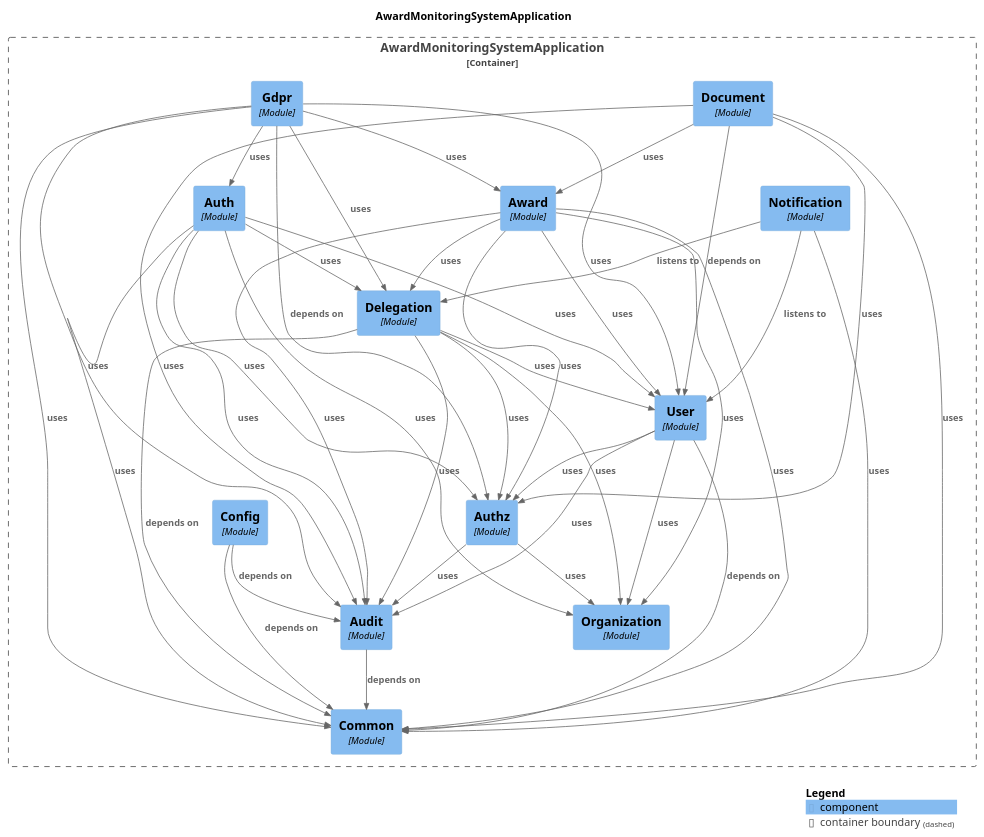
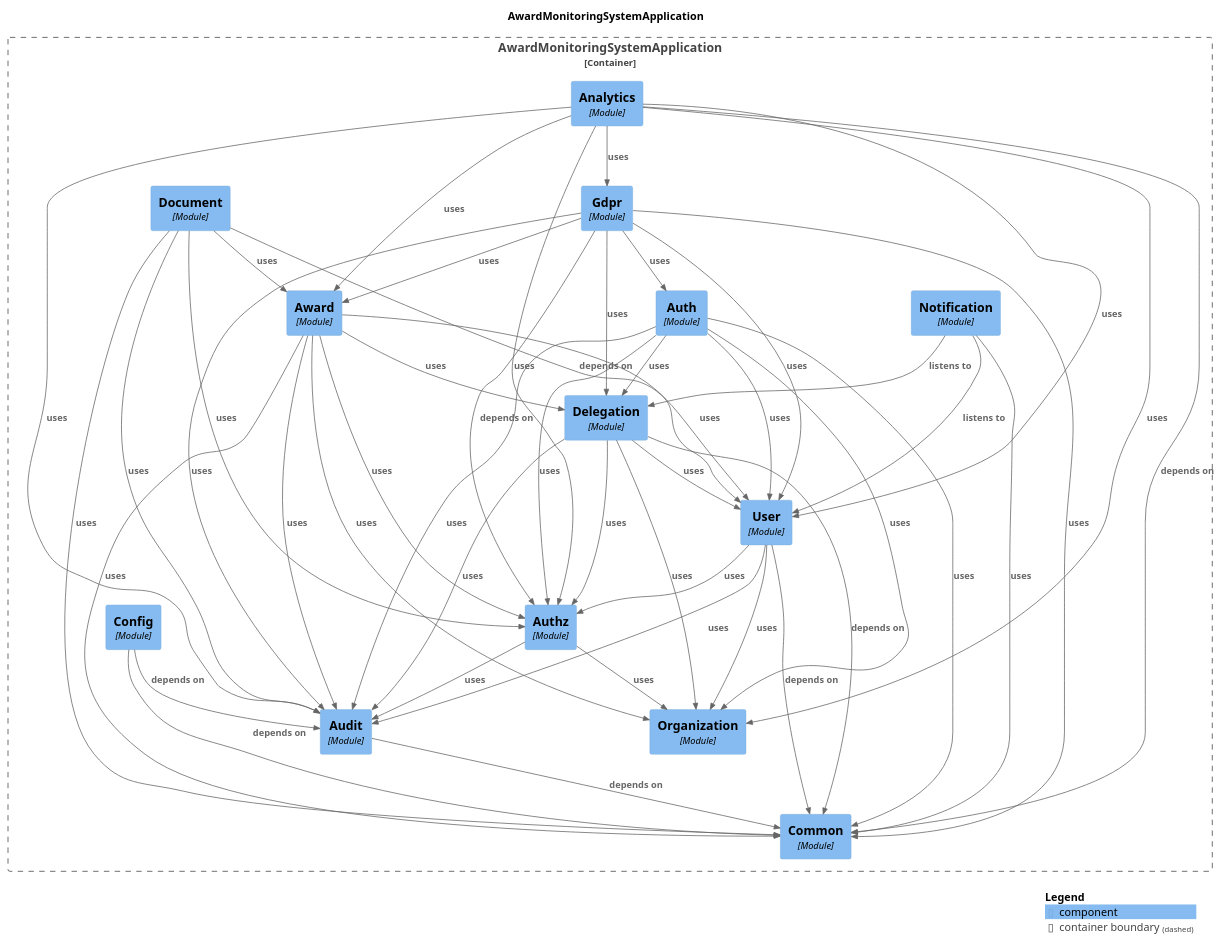
The diagram in docs/architecture/diagrams/modules/components.puml (StKostyk/award-monitoring-system), drawn with PlantUML before and after one commit. The commit also changed 7 other files, not shown here.

```diff
--- a/docs/architecture/diagrams/modules/components.puml
+++ b/docs/architecture/diagrams/modules/components.puml
@@ -1,69 +1,77 @@
 @startuml
 set separator none
 title AwardMonitoringSystemApplication
 
 top to bottom direction
 
 !include <C4/C4>
 !include <C4/C4_Context>
 !include <C4/C4_Component>
 
 Container_Boundary("AwardMonitoringSystemApplication.AwardMonitoringSystemApplication_boundary", "AwardMonitoringSystemApplication", $tags="") {
   Component(AwardMonitoringSystemApplication.AwardMonitoringSystemApplication.Delegation, "Delegation", $techn="Module", $descr="", $tags="", $link="")
+  Component(AwardMonitoringSystemApplication.AwardMonitoringSystemApplication.Analytics, "Analytics", $techn="Module", $descr="", $tags="", $link="")
   Component(AwardMonitoringSystemApplication.AwardMonitoringSystemApplication.Auth, "Auth", $techn="Module", $descr="", $tags="", $link="")
   Component(AwardMonitoringSystemApplication.AwardMonitoringSystemApplication.Award, "Award", $techn="Module", $descr="", $tags="", $link="")
   Component(AwardMonitoringSystemApplication.AwardMonitoringSystemApplication.Notification, "Notification", $techn="Module", $descr="", $tags="", $link="")
   Component(AwardMonitoringSystemApplication.AwardMonitoringSystemApplication.Document, "Document", $techn="Module", $descr="", $tags="", $link="")
   Component(AwardMonitoringSystemApplication.AwardMonitoringSystemApplication.Gdpr, "Gdpr", $techn="Module", $descr="", $tags="", $link="")
   Component(AwardMonitoringSystemApplication.AwardMonitoringSystemApplication.Common, "Common", $techn="Module", $descr="", $tags="", $link="")
   Component(AwardMonitoringSystemApplication.AwardMonitoringSystemApplication.Organization, "Organization", $techn="Module", $descr="", $tags="", $link="")
   Component(AwardMonitoringSystemApplication.AwardMonitoringSystemApplication.Audit, "Audit", $techn="Module", $descr="", $tags="", $link="")
   Component(AwardMonitoringSystemApplication.AwardMonitoringSystemApplication.Authz, "Authz", $techn="Module", $descr="", $tags="", $link="")
   Component(AwardMonitoringSystemApplication.AwardMonitoringSystemApplication.Config, "Config", $techn="Module", $descr="", $tags="", $link="")
   Component(AwardMonitoringSystemApplication.AwardMonitoringSystemApplication.User, "User", $techn="Module", $descr="", $tags="", $link="")
 }
 
 Rel(AwardMonitoringSystemApplication.AwardMonitoringSystemApplication.User, AwardMonitoringSystemApplication.AwardMonitoringSystemApplication.Common, "depends on", $techn="", $tags="", $link="")
 Rel(AwardMonitoringSystemApplication.AwardMonitoringSystemApplication.User, AwardMonitoringSystemApplication.AwardMonitoringSystemApplication.Organization, "uses", $techn="", $tags="", $link="")
 Rel(AwardMonitoringSystemApplication.AwardMonitoringSystemApplication.User, AwardMonitoringSystemApplication.AwardMonitoringSystemApplication.Authz, "uses", $techn="", $tags="", $link="")
 Rel(AwardMonitoringSystemApplication.AwardMonitoringSystemApplication.User, AwardMonitoringSystemApplication.AwardMonitoringSystemApplication.Audit, "uses", $techn="", $tags="", $link="")
 Rel(AwardMonitoringSystemApplication.AwardMonitoringSystemApplication.Config, AwardMonitoringSystemApplication.AwardMonitoringSystemApplication.Common, "depends on", $techn="", $tags="", $link="")
 Rel(AwardMonitoringSystemApplication.AwardMonitoringSystemApplication.Config, AwardMonitoringSystemApplication.AwardMonitoringSystemApplication.Audit, "depends on", $techn="", $tags="", $link="")
 Rel(AwardMonitoringSystemApplication.AwardMonitoringSystemApplication.Delegation, AwardMonitoringSystemApplication.AwardMonitoringSystemApplication.Common, "depends on", $techn="", $tags="", $link="")
 Rel(AwardMonitoringSystemApplication.AwardMonitoringSystemApplication.Delegation, AwardMonitoringSystemApplication.AwardMonitoringSystemApplication.Audit, "uses", $techn="", $tags="", $link="")
 Rel(AwardMonitoringSystemApplication.AwardMonitoringSystemApplication.Delegation, AwardMonitoringSystemApplication.AwardMonitoringSystemApplication.User, "uses", $techn="", $tags="", $link="")
 Rel(AwardMonitoringSystemApplication.AwardMonitoringSystemApplication.Delegation, AwardMonitoringSystemApplication.AwardMonitoringSystemApplication.Organization, "uses", $techn="", $tags="", $link="")
 Rel(AwardMonitoringSystemApplication.AwardMonitoringSystemApplication.Delegation, AwardMonitoringSystemApplication.AwardMonitoringSystemApplication.Authz, "uses", $techn="", $tags="", $link="")
+Rel(AwardMonitoringSystemApplication.AwardMonitoringSystemApplication.Analytics, AwardMonitoringSystemApplication.AwardMonitoringSystemApplication.Common, "depends on", $techn="", $tags="", $link="")
+Rel(AwardMonitoringSystemApplication.AwardMonitoringSystemApplication.Analytics, AwardMonitoringSystemApplication.AwardMonitoringSystemApplication.Award, "uses", $techn="", $tags="", $link="")
+Rel(AwardMonitoringSystemApplication.AwardMonitoringSystemApplication.Analytics, AwardMonitoringSystemApplication.AwardMonitoringSystemApplication.Organization, "uses", $techn="", $tags="", $link="")
+Rel(AwardMonitoringSystemApplication.AwardMonitoringSystemApplication.Analytics, AwardMonitoringSystemApplication.AwardMonitoringSystemApplication.User, "uses", $techn="", $tags="", $link="")
+Rel(AwardMonitoringSystemApplication.AwardMonitoringSystemApplication.Analytics, AwardMonitoringSystemApplication.AwardMonitoringSystemApplication.Gdpr, "uses", $techn="", $tags="", $link="")
+Rel(AwardMonitoringSystemApplication.AwardMonitoringSystemApplication.Analytics, AwardMonitoringSystemApplication.AwardMonitoringSystemApplication.Authz, "uses", $techn="", $tags="", $link="")
+Rel(AwardMonitoringSystemApplication.AwardMonitoringSystemApplication.Analytics, AwardMonitoringSystemApplication.AwardMonitoringSystemApplication.Audit, "uses", $techn="", $tags="", $link="")
 Rel(AwardMonitoringSystemApplication.AwardMonitoringSystemApplication.Gdpr, AwardMonitoringSystemApplication.AwardMonitoringSystemApplication.Authz, "depends on", $techn="", $tags="", $link="")
 Rel(AwardMonitoringSystemApplication.AwardMonitoringSystemApplication.Gdpr, AwardMonitoringSystemApplication.AwardMonitoringSystemApplication.User, "uses", $techn="", $tags="", $link="")
 Rel(AwardMonitoringSystemApplication.AwardMonitoringSystemApplication.Gdpr, AwardMonitoringSystemApplication.AwardMonitoringSystemApplication.Common, "uses", $techn="", $tags="", $link="")
 Rel(AwardMonitoringSystemApplication.AwardMonitoringSystemApplication.Gdpr, AwardMonitoringSystemApplication.AwardMonitoringSystemApplication.Audit, "uses", $techn="", $tags="", $link="")
 Rel(AwardMonitoringSystemApplication.AwardMonitoringSystemApplication.Gdpr, AwardMonitoringSystemApplication.AwardMonitoringSystemApplication.Auth, "uses", $techn="", $tags="", $link="")
 Rel(AwardMonitoringSystemApplication.AwardMonitoringSystemApplication.Gdpr, AwardMonitoringSystemApplication.AwardMonitoringSystemApplication.Delegation, "uses", $techn="", $tags="", $link="")
 Rel(AwardMonitoringSystemApplication.AwardMonitoringSystemApplication.Gdpr, AwardMonitoringSystemApplication.AwardMonitoringSystemApplication.Award, "uses", $techn="", $tags="", $link="")
 Rel(AwardMonitoringSystemApplication.AwardMonitoringSystemApplication.Authz, AwardMonitoringSystemApplication.AwardMonitoringSystemApplication.Audit, "uses", $techn="", $tags="", $link="")
 Rel(AwardMonitoringSystemApplication.AwardMonitoringSystemApplication.Authz, AwardMonitoringSystemApplication.AwardMonitoringSystemApplication.Organization, "uses", $techn="", $tags="", $link="")
 Rel(AwardMonitoringSystemApplication.AwardMonitoringSystemApplication.Auth, AwardMonitoringSystemApplication.AwardMonitoringSystemApplication.User, "uses", $techn="", $tags="", $link="")
 Rel(AwardMonitoringSystemApplication.AwardMonitoringSystemApplication.Auth, AwardMonitoringSystemApplication.AwardMonitoringSystemApplication.Audit, "uses", $techn="", $tags="", $link="")
 Rel(AwardMonitoringSystemApplication.AwardMonitoringSystemApplication.Auth, AwardMonitoringSystemApplication.AwardMonitoringSystemApplication.Delegation, "uses", $techn="", $tags="", $link="")
 Rel(AwardMonitoringSystemApplication.AwardMonitoringSystemApplication.Auth, AwardMonitoringSystemApplication.AwardMonitoringSystemApplication.Authz, "uses", $techn="", $tags="", $link="")
 Rel(AwardMonitoringSystemApplication.AwardMonitoringSystemApplication.Auth, AwardMonitoringSystemApplication.AwardMonitoringSystemApplication.Common, "uses", $techn="", $tags="", $link="")
 Rel(AwardMonitoringSystemApplication.AwardMonitoringSystemApplication.Auth, AwardMonitoringSystemApplication.AwardMonitoringSystemApplication.Organization, "uses", $techn="", $tags="", $link="")
 Rel(AwardMonitoringSystemApplication.AwardMonitoringSystemApplication.Notification, AwardMonitoringSystemApplication.AwardMonitoringSystemApplication.User, "listens to", $techn="", $tags="", $link="")
 Rel(AwardMonitoringSystemApplication.AwardMonitoringSystemApplication.Notification, AwardMonitoringSystemApplication.AwardMonitoringSystemApplication.Delegation, "listens to", $techn="", $tags="", $link="")
 Rel(AwardMonitoringSystemApplication.AwardMonitoringSystemApplication.Notification, AwardMonitoringSystemApplication.AwardMonitoringSystemApplication.Common, "uses", $techn="", $tags="", $link="")
 Rel(AwardMonitoringSystemApplication.AwardMonitoringSystemApplication.Audit, AwardMonitoringSystemApplication.AwardMonitoringSystemApplication.Common, "depends on", $techn="", $tags="", $link="")
 Rel(AwardMonitoringSystemApplication.AwardMonitoringSystemApplication.Award, AwardMonitoringSystemApplication.AwardMonitoringSystemApplication.Audit, "uses", $techn="", $tags="", $link="")
 Rel(AwardMonitoringSystemApplication.AwardMonitoringSystemApplication.Award, AwardMonitoringSystemApplication.AwardMonitoringSystemApplication.User, "uses", $techn="", $tags="", $link="")
 Rel(AwardMonitoringSystemApplication.AwardMonitoringSystemApplication.Award, AwardMonitoringSystemApplication.AwardMonitoringSystemApplication.Organization, "uses", $techn="", $tags="", $link="")
 Rel(AwardMonitoringSystemApplication.AwardMonitoringSystemApplication.Award, AwardMonitoringSystemApplication.AwardMonitoringSystemApplication.Authz, "uses", $techn="", $tags="", $link="")
 Rel(AwardMonitoringSystemApplication.AwardMonitoringSystemApplication.Award, AwardMonitoringSystemApplication.AwardMonitoringSystemApplication.Common, "uses", $techn="", $tags="", $link="")
 Rel(AwardMonitoringSystemApplication.AwardMonitoringSystemApplication.Award, AwardMonitoringSystemApplication.AwardMonitoringSystemApplication.Delegation, "uses", $techn="", $tags="", $link="")
 Rel(AwardMonitoringSystemApplication.AwardMonitoringSystemApplication.Document, AwardMonitoringSystemApplication.AwardMonitoringSystemApplication.User, "depends on", $techn="", $tags="", $link="")
 Rel(AwardMonitoringSystemApplication.AwardMonitoringSystemApplication.Document, AwardMonitoringSystemApplication.AwardMonitoringSystemApplication.Award, "uses", $techn="", $tags="", $link="")
 Rel(AwardMonitoringSystemApplication.AwardMonitoringSystemApplication.Document, AwardMonitoringSystemApplication.AwardMonitoringSystemApplication.Audit, "uses", $techn="", $tags="", $link="")
 Rel(AwardMonitoringSystemApplication.AwardMonitoringSystemApplication.Document, AwardMonitoringSystemApplication.AwardMonitoringSystemApplication.Authz, "uses", $techn="", $tags="", $link="")
 Rel(AwardMonitoringSystemApplication.AwardMonitoringSystemApplication.Document, AwardMonitoringSystemApplication.AwardMonitoringSystemApplication.Common, "uses", $techn="", $tags="", $link="")
 
 SHOW_LEGEND(true)
 @enduml
```
